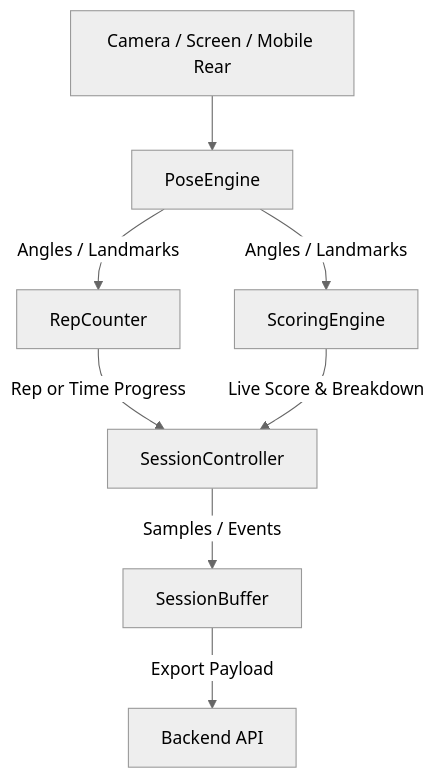
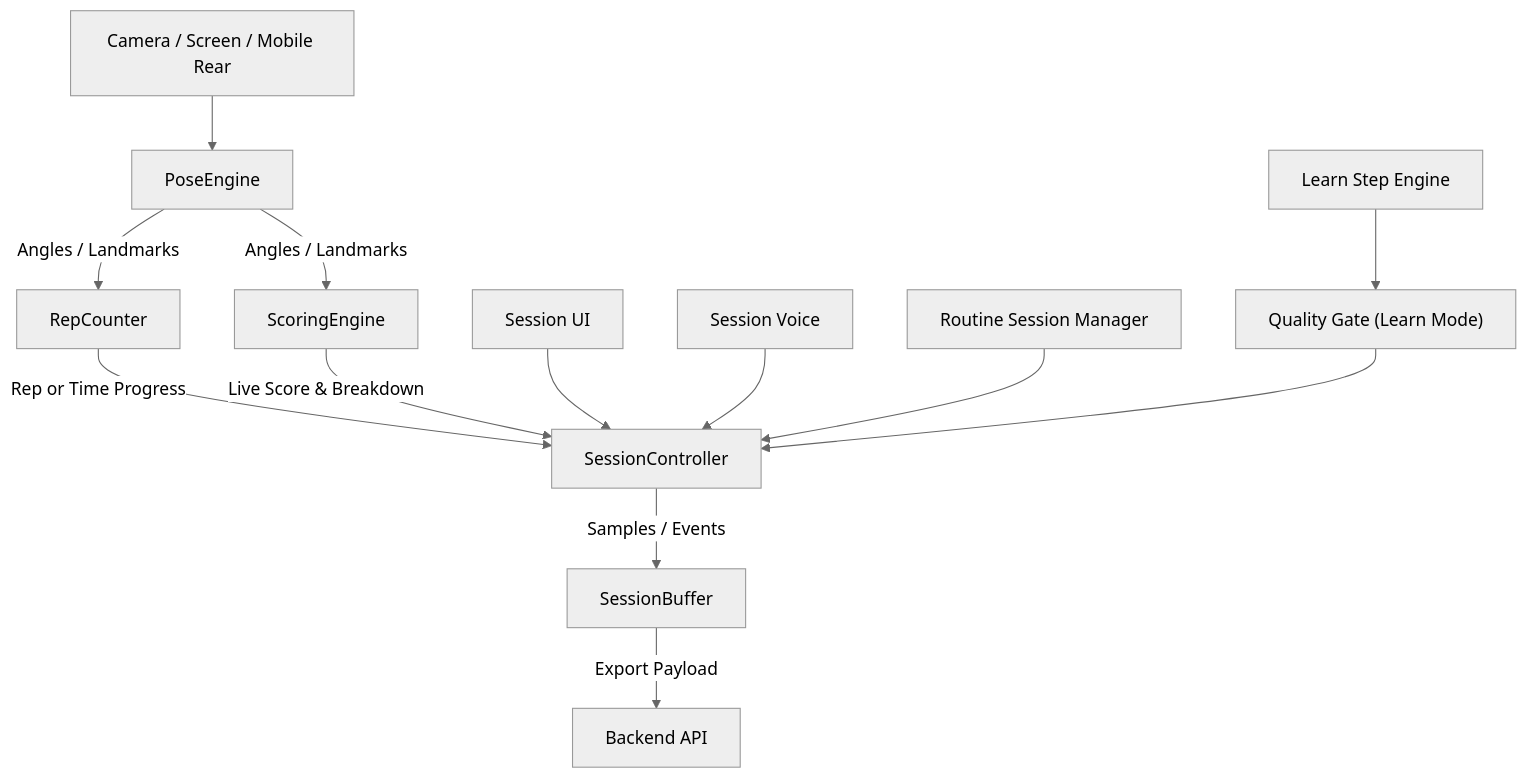
One commit to kookmin-sw/2026-capstone-2026-14-1 changed the diagram in docs/codebase_explanation.md. Above: the diagram before and after it, drawn with Mermaid (neutral theme). The commit also changed other lines of this file and 1 other file, not shown here.

````diff
--- a/docs/codebase_explanation.md
+++ b/docs/codebase_explanation.md
@@ -221,10 +283,15 @@
 ```mermaid
 graph TD
     Camera["Camera / Screen / Mobile Rear"] --> PoseEngine
     PoseEngine -- "Angles / Landmarks" --> RepCounter
     PoseEngine -- "Angles / Landmarks" --> ScoringEngine
     RepCounter -- "Rep or Time Progress" --> SessionController
     ScoringEngine -- "Live Score & Breakdown" --> SessionController
     SessionController -- "Samples / Events" --> SessionBuffer
     SessionBuffer -- "Export Payload" --> BackendAPI["Backend API"]
+    SessionUI["Session UI"] --> SessionController
+    SessionVoice["Session Voice"] --> SessionController
+    RoutineManager["Routine Session Manager"] --> SessionController
+    QualityGate["Quality Gate (Learn Mode)"] --> SessionController
+    LearnStepEngine["Learn Step Engine"] --> QualityGate
 ```
````
